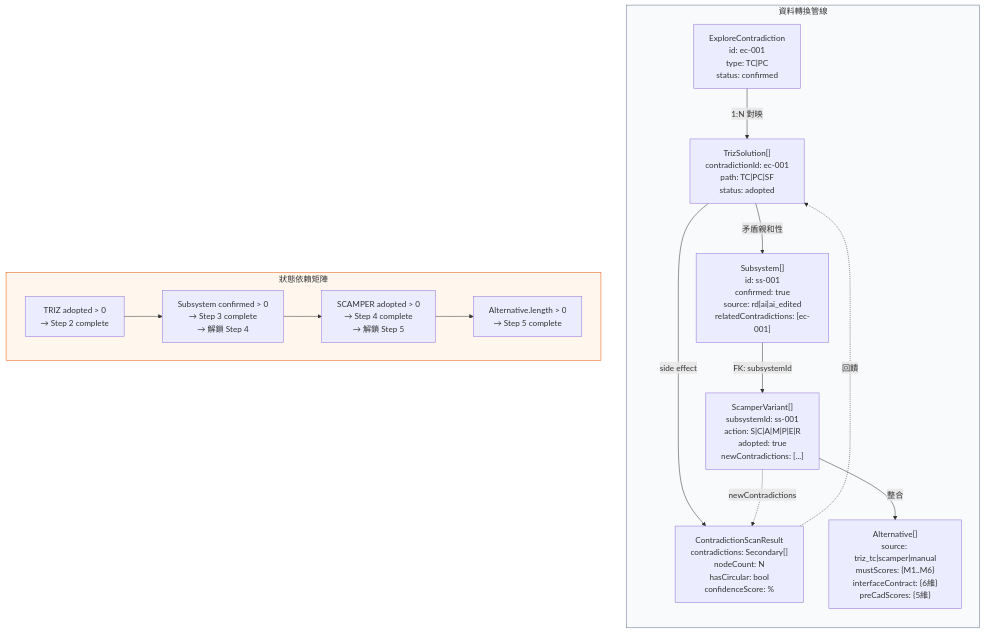
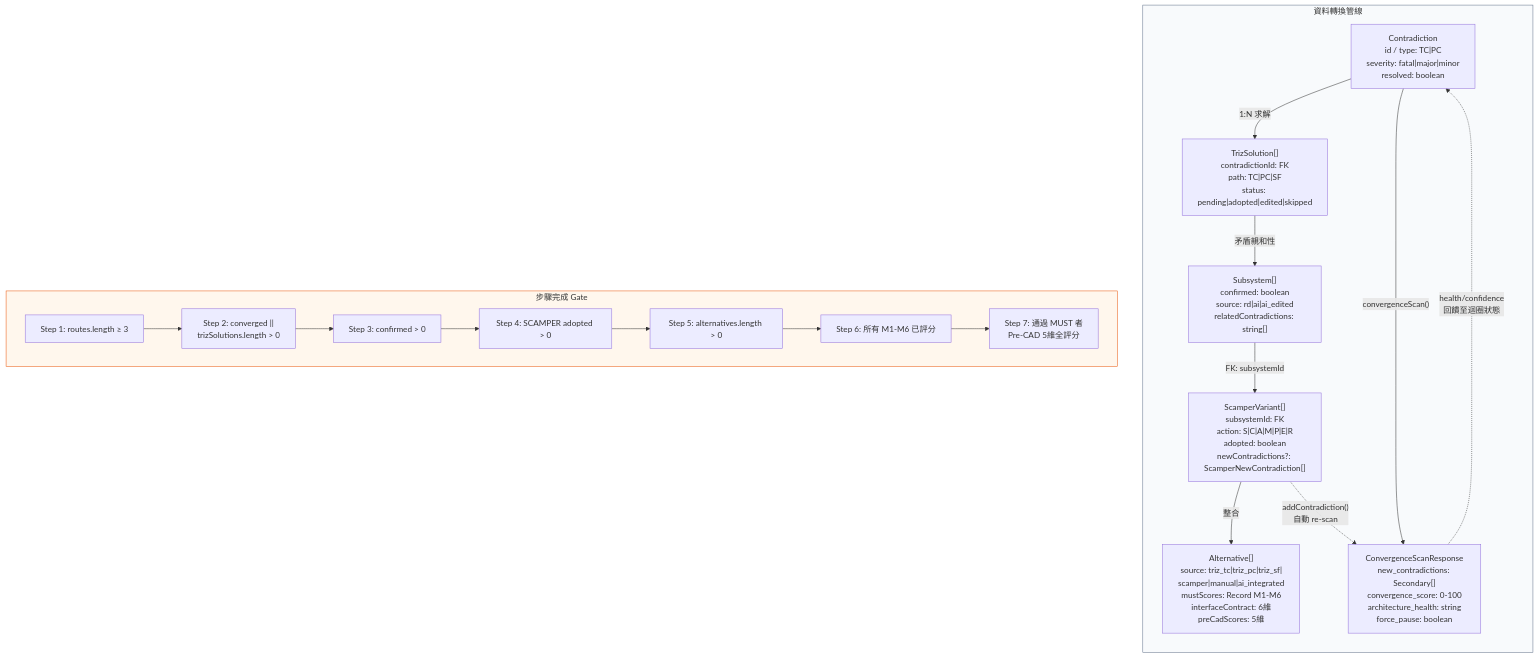
The fourth of 5 diagrams in docs/diagrams/triz-to-scamper-flow.md (JIA-HONG-CHU/design-copilot-blueprint), drawn with Mermaid before and after one commit. The commit also changed other lines of this file and 2 other files, not shown here.

First line of the commit message:
fix: align TRIZ-SCAMPER flow doc with code + add state guard & auto re-scan

````diff
--- a/docs/diagrams/triz-to-scamper-flow.md
+++ b/docs/diagrams/triz-to-scamper-flow.md
@@ -211,38 +232,41 @@
 ```mermaid
 flowchart TB
     subgraph DATA_FLOW["資料轉換管線"]
         direction TB
 
-        EC["ExploreContradiction<br/>id: ec-001<br/>type: TC|PC<br/>status: confirmed"]
+        EC["Contradiction<br/>id / type: TC|PC<br/>severity: fatal|major|minor<br/>resolved: boolean"]
 
-        TS["TrizSolution[]<br/>contradictionId: ec-001<br/>path: TC|PC|SF<br/>status: adopted"]
+        TS["TrizSolution[]<br/>contradictionId: FK<br/>path: TC|PC|SF<br/>status: pending|adopted|edited|skipped"]
 
-        SC_RESULT["ContradictionScanResult<br/>contradictions: Secondary[]<br/>nodeCount: N<br/>hasCircular: bool<br/>confidenceScore: %"]
+        SCAN_RES["ConvergenceScanResponse<br/>new_contradictions: Secondary[]<br/>convergence_score: 0-100<br/>architecture_health: string<br/>force_pause: boolean"]
 
-        SS["Subsystem[]<br/>id: ss-001<br/>confirmed: true<br/>source: rd|ai|ai_edited<br/>relatedContradictions: [ec-001]"]
+        SS["Subsystem[]<br/>confirmed: boolean<br/>source: rd|ai|ai_edited<br/>relatedContradictions: string[]"]
 
-        SV["ScamperVariant[]<br/>subsystemId: ss-001<br/>action: S|C|A|M|P|E|R<br/>adopted: true<br/>newContradictions: [...]"]
+        SV["ScamperVariant[]<br/>subsystemId: FK<br/>action: S|C|A|M|P|E|R<br/>adopted: boolean<br/>newContradictions?: ScamperNewContradiction[]"]
 
-        ALT["Alternative[]<br/>source: triz_tc|scamper|manual<br/>mustScores: {M1..M6}<br/>interfaceContract: {6維}<br/>preCadScores: {5維}"]
+        ALT["Alternative[]<br/>source: triz_tc|triz_pc|triz_sf|<br/>scamper|manual|ai_integrated<br/>mustScores: Record M1-M6<br/>interfaceContract: 6維<br/>preCadScores: 5維"]
 
-        EC -->|"1:N 對映"| TS
-        TS -->|"side effect"| SC_RESULT
+        EC -->|"1:N 求解"| TS
+        EC -->|"convergenceScan()"| SCAN_RES
         TS -->|"矛盾親和性"| SS
         SS -->|"FK: subsystemId"| SV
         SV -->|"整合"| ALT
-        SC_RESULT -.->|"回饋"| TS
-        SV -.->|"newContradictions"| SC_RESULT
+        SCAN_RES -.->|"health/confidence<br/>回饋至迴圈狀態"| EC
+        SV -.->|"addContradiction()<br/>自動 re-scan"| SCAN_RES
     end
 
-    subgraph STATE_DEPS["狀態依賴矩陣"]
+    subgraph GATES["步驟完成 Gate"]
         direction LR
-        DEP1["TRIZ adopted > 0<br/>→ Step 2 complete"]
-        DEP2["Subsystem confirmed > 0<br/>→ Step 3 complete<br/>→ 解鎖 Step 4"]
-        DEP3["SCAMPER adopted > 0<br/>→ Step 4 complete<br/>→ 解鎖 Step 5"]
-        DEP4["Alternative.length > 0<br/>→ Step 5 complete"]
-        DEP1 --> DEP2 --> DEP3 --> DEP4
+        G1["Step 1: routes.length ≥ 3"]
+        G2["Step 2: converged ||<br/>trizSolutions.length > 0"]
+        G3["Step 3: confirmed > 0"]
+        G4["Step 4: SCAMPER adopted > 0"]
+        G5["Step 5: alternatives.length > 0"]
+        G6["Step 6: 所有 M1-M6 已評分"]
+        G7["Step 7: 通過 MUST 者<br/>Pre-CAD 5維全評分"]
+        G1 --> G2 --> G3 --> G4 --> G5 --> G6 --> G7
     end
 
     style DATA_FLOW fill:#F8FAFC,stroke:#64748B
-    style STATE_DEPS fill:#FFF7ED,stroke:#EA580C
+    style GATES fill:#FFF7ED,stroke:#EA580C
 ```
````
